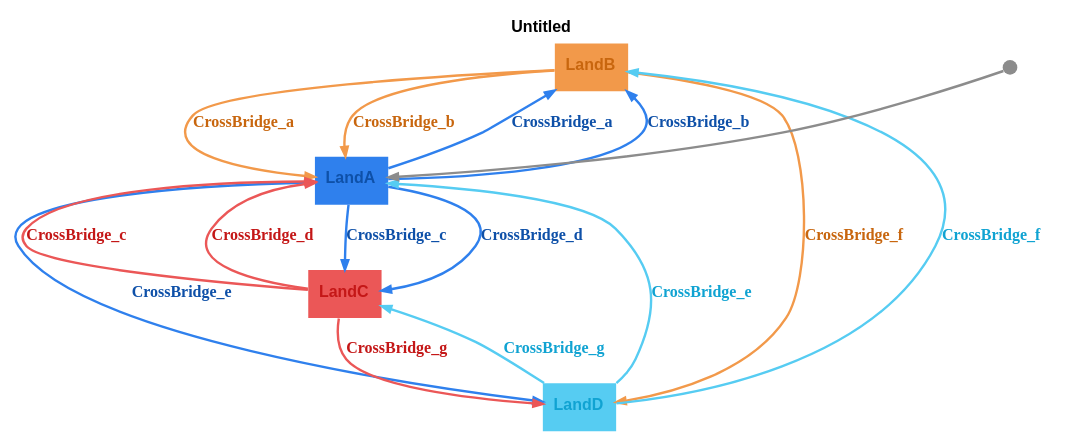
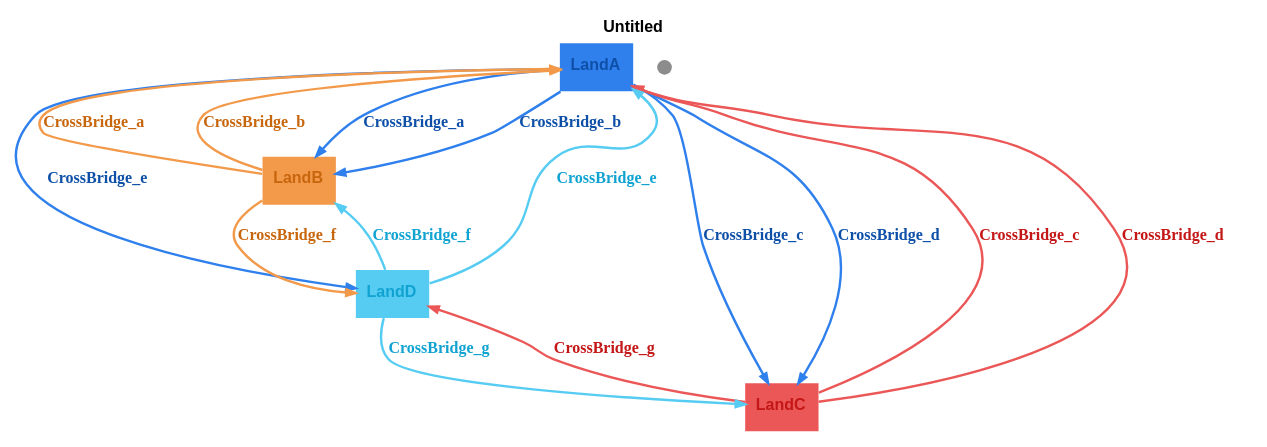
The diagram in graphs/bridges-koenigsberg.dot (m-bock/purescript-transit), drawn with Graphviz before and after one commit. The commit also changed 19 other files, not shown here.

```diff
--- a/graphs/bridges-koenigsberg.dot
+++ b/graphs/bridges-koenigsberg.dot
@@ -1,24 +1,23 @@
 digraph 
 {
 rankdir = "TD";fontname = "Arial";label = <<b>Untitled</b>>;labelloc = "t";fontsize = 12
-LandB [shape = "box", label = <<b>LandB</b>>, fontsize = 12, style = "filled", fillcolor = "#f2994a", fontcolor = "#c8660e", fontname = "Arial", labelloc = "c", penwidth = 0.0]
-LandB -> LandA [color = "#f2994a", fontcolor = "#c8660e", fontsize = 12, arrowsize = "0.7", label = <<b>CrossBridge_a</b>>, penwidth = 1.8]
-LandB -> LandA [color = "#f2994a", fontcolor = "#c8660e", fontsize = 12, arrowsize = "0.7", label = <<b>CrossBridge_b</b>>, penwidth = 1.8]
-LandB -> LandD [color = "#f2994a", fontcolor = "#c8660e", fontsize = 12, arrowsize = "0.7", label = <<b>CrossBridge_f</b>>, penwidth = 1.8]
 LandA [shape = "box", label = <<b>LandA</b>>, fontsize = 12, style = "filled", fillcolor = "#2f80ed", fontcolor = "#0e50a8", fontname = "Arial", labelloc = "c", penwidth = 0.0]
 __Start__ [shape = "circle", label = "", width = 0.15, height = 0.15, fixedsize = true, style = "filled", fillcolor = "#8c8c8c", penwidth = 0.0]
-__Start__ -> LandA [color = "#8c8c8c", fontsize = 12, arrowsize = "0.7", penwidth = 1.8]
 LandA -> LandB [color = "#2f80ed", fontcolor = "#0e50a8", fontsize = 12, arrowsize = "0.7", label = <<b>CrossBridge_a</b>>, penwidth = 1.8]
 LandA -> LandB [color = "#2f80ed", fontcolor = "#0e50a8", fontsize = 12, arrowsize = "0.7", label = <<b>CrossBridge_b</b>>, penwidth = 1.8]
 LandA -> LandC [color = "#2f80ed", fontcolor = "#0e50a8", fontsize = 12, arrowsize = "0.7", label = <<b>CrossBridge_c</b>>, penwidth = 1.8]
 LandA -> LandC [color = "#2f80ed", fontcolor = "#0e50a8", fontsize = 12, arrowsize = "0.7", label = <<b>CrossBridge_d</b>>, penwidth = 1.8]
 LandA -> LandD [color = "#2f80ed", fontcolor = "#0e50a8", fontsize = 12, arrowsize = "0.7", label = <<b>CrossBridge_e</b>>, penwidth = 1.8]
+LandB [shape = "box", label = <<b>LandB</b>>, fontsize = 12, style = "filled", fillcolor = "#f2994a", fontcolor = "#c8660e", fontname = "Arial", labelloc = "c", penwidth = 0.0]
+LandB -> LandA [color = "#f2994a", fontcolor = "#c8660e", fontsize = 12, arrowsize = "0.7", label = <<b>CrossBridge_a</b>>, penwidth = 1.8]
+LandB -> LandA [color = "#f2994a", fontcolor = "#c8660e", fontsize = 12, arrowsize = "0.7", label = <<b>CrossBridge_b</b>>, penwidth = 1.8]
+LandB -> LandD [color = "#f2994a", fontcolor = "#c8660e", fontsize = 12, arrowsize = "0.7", label = <<b>CrossBridge_f</b>>, penwidth = 1.8]
 LandC [shape = "box", label = <<b>LandC</b>>, fontsize = 12, style = "filled", fillcolor = "#eb5757", fontcolor = "#c41717", fontname = "Arial", labelloc = "c", penwidth = 0.0]
 LandC -> LandA [color = "#eb5757", fontcolor = "#c41717", fontsize = 12, arrowsize = "0.7", label = <<b>CrossBridge_c</b>>, penwidth = 1.8]
 LandC -> LandA [color = "#eb5757", fontcolor = "#c41717", fontsize = 12, arrowsize = "0.7", label = <<b>CrossBridge_d</b>>, penwidth = 1.8]
 LandC -> LandD [color = "#eb5757", fontcolor = "#c41717", fontsize = 12, arrowsize = "0.7", label = <<b>CrossBridge_g</b>>, penwidth = 1.8]
 LandD [shape = "box", label = <<b>LandD</b>>, fontsize = 12, style = "filled", fillcolor = "#56ccf2", fontcolor = "#10a3d2", fontname = "Arial", labelloc = "c", penwidth = 0.0]
 LandD -> LandA [color = "#56ccf2", fontcolor = "#10a3d2", fontsize = 12, arrowsize = "0.7", label = <<b>CrossBridge_e</b>>, penwidth = 1.8]
 LandD -> LandB [color = "#56ccf2", fontcolor = "#10a3d2", fontsize = 12, arrowsize = "0.7", label = <<b>CrossBridge_f</b>>, penwidth = 1.8]
 LandD -> LandC [color = "#56ccf2", fontcolor = "#10a3d2", fontsize = 12, arrowsize = "0.7", label = <<b>CrossBridge_g</b>>, penwidth = 1.8]
 }
```
